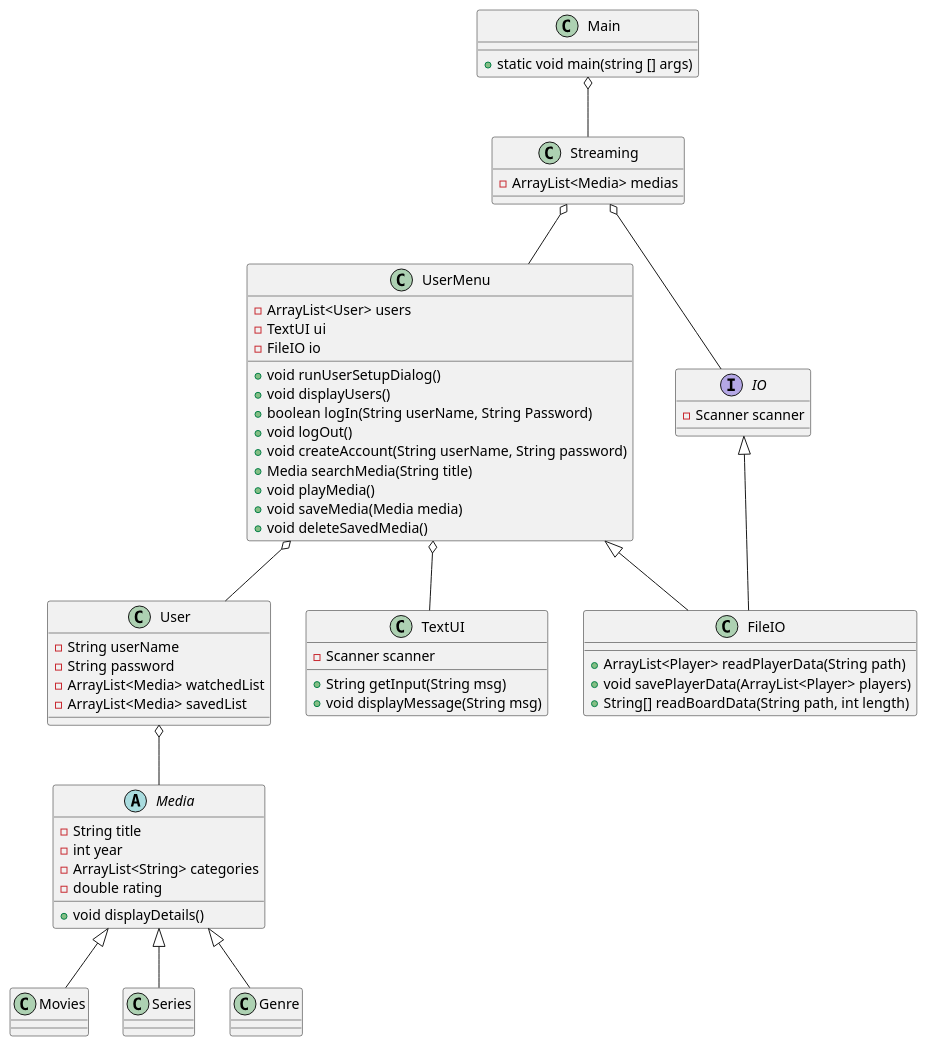
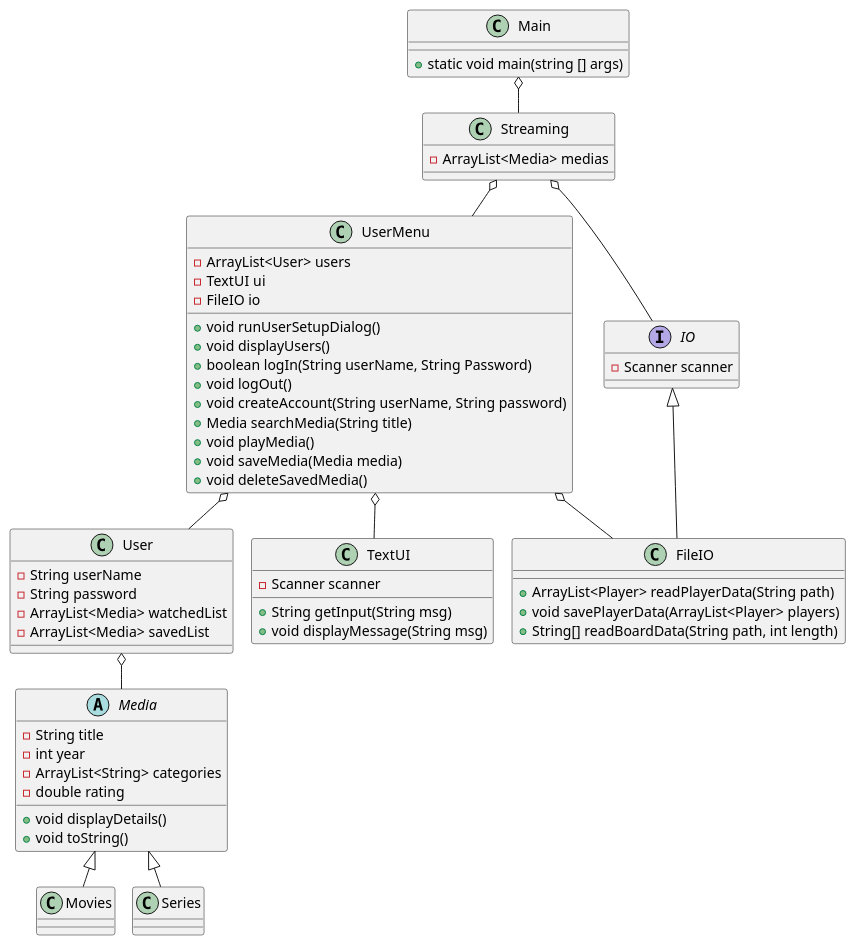
One commit to Zeudiac/SP3 changed the diagram in SP3/doc/ClassDiagram.puml. Above: the diagram before and after it, drawn with PlantUML. The commit also changed 13 other files, not shown here.

```diff
--- a/SP3/doc/ClassDiagram.puml
+++ b/SP3/doc/ClassDiagram.puml
@@ -1,86 +1,85 @@
 @startuml
+!pragma layout smetana
 
 class UserMenu
 abstract class Media
-
 class Movies
 class Series
-class Genre
 class User
 class Main
 class FileIO
 class TextUI
 class Streaming
 Interface IO
 
 Main o-- Streaming
 Streaming o-- UserMenu
 UserMenu o-- User
 
 UserMenu o-- TextUI
 Streaming o-- IO
 IO <|-- FileIO
-UserMenu <|-- FileIO
+UserMenu o-- FileIO
 
 User o-- Media
 
 Media <|-- Movies
 Media <|-- Series
-Media <|-- Genre
 
 class Streaming{
   - ArrayList<Media> medias
 }
 
 Interface IO{
 - Scanner scanner
 }
 
 class Main{
   + static void main(string [] args)
 }
 
 class TextUI{
   + String getInput(String msg)
   - Scanner scanner
   + void displayMessage(String msg)
 }
 
 class FileIO{
   + ArrayList<Player> readPlayerData(String path)
   + void savePlayerData(ArrayList<Player> players)
   + String[] readBoardData(String path, int length)
 }
 
 class UserMenu{
   - ArrayList<User> users
   - TextUI ui
   - FileIO io
   + void runUserSetupDialog()
   + void displayUsers()
   + boolean logIn(String userName, String Password)
   + void logOut()
   + void createAccount(String userName, String password)
   + Media searchMedia(String title)
   + void playMedia()
   + void saveMedia(Media media)
   + void deleteSavedMedia()
 }
 
 class User {
   - String userName
   - String password
   - ArrayList<Media> watchedList
   - ArrayList<Media> savedList
 }
 
 abstract class Media {
   - String title
   - int year
   - ArrayList<String> categories
   - double rating
   + void displayDetails()
+  + void toString()
 }
 
 
 @enduml
```
